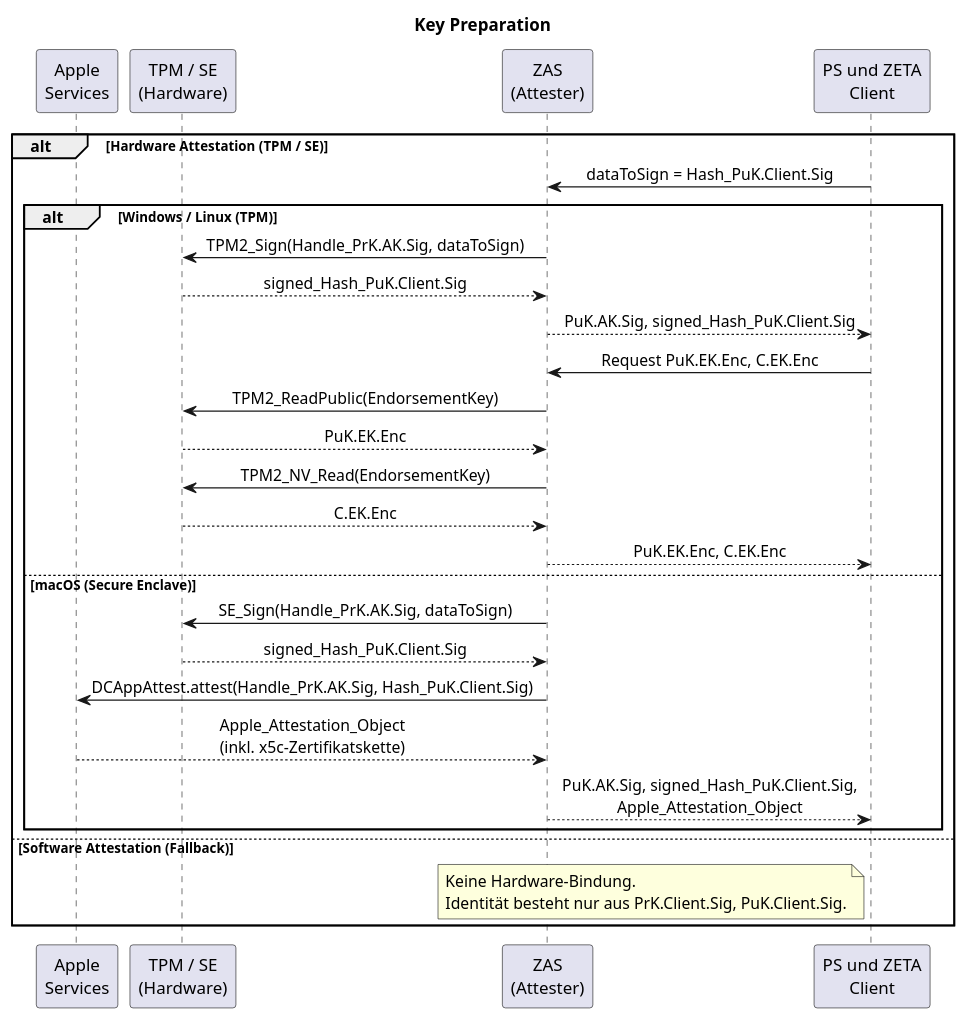
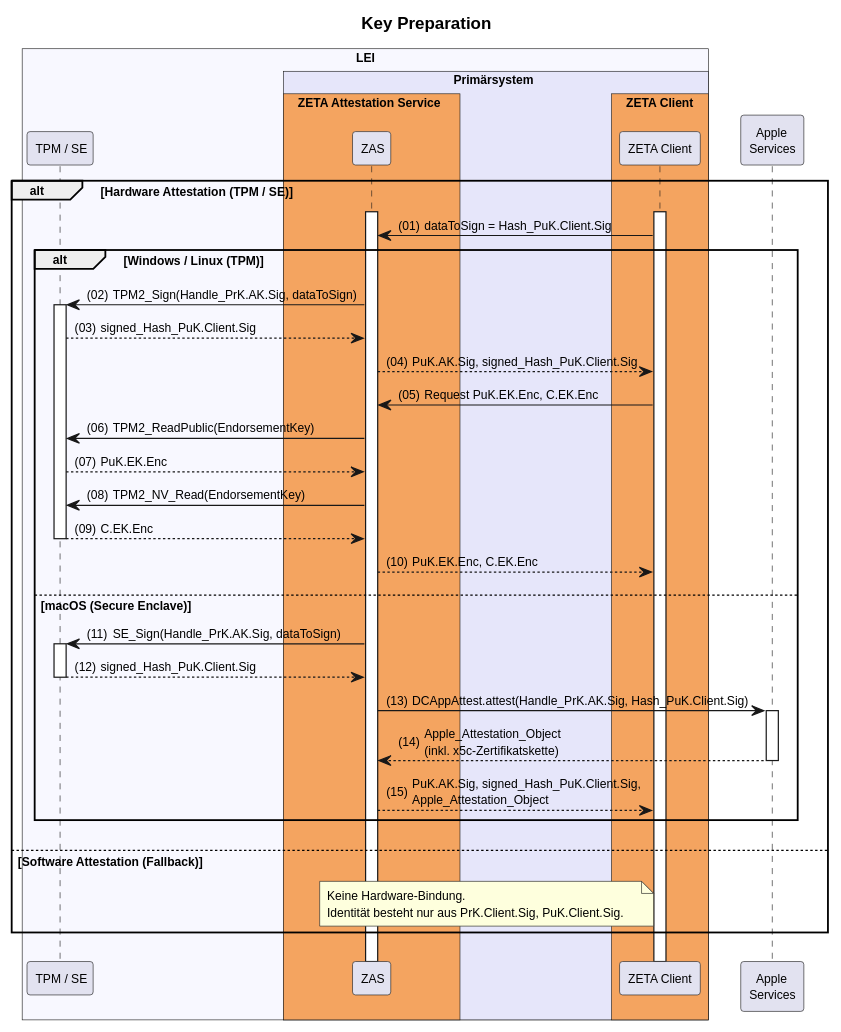
One commit to gematik/zeta changed the diagram in src/plantuml/tmp/attestation-flows/key-preparation.puml. Above: the diagram before and after it, drawn with PlantUML. The commit also changed 7 other files, not shown here.

Commit message:
refactor: update and standardize PlantUML flow diagrams and split token exchange flows

```diff
--- a/src/plantuml/tmp/attestation-flows/key-preparation.puml
+++ b/src/plantuml/tmp/attestation-flows/key-preparation.puml
@@ -1,33 +1,54 @@
 @startuml "key-preparation"
-skinparam sequenceMessageAlign center
+autonumber "(00)"
+skinparam defaultFontSize 10
+skinparam defaultFontName Helvetica
+skinparam DefaultMonospacedFontName Courier
+skinparam lengthAdjust none
+skinparam sequenceReferenceBackgroundColor White
+skinparam SequenceReferenceFontSize 12
+skinparam sequenceMessageAlign left
+
 title Key Preparation
 
+!pragma teoz true
+
+box "LEI" #GhostWhite
+  participant "TPM / SE" as TPM
+  box "Primärsystem" #Lavender
+    box "ZETA Attestation Service" #SandyBrown
+      participant ZAS as "ZAS"
+    end box
+    box "ZETA Client" #SandyBrown
+        participant Client as "ZETA Client"
+    end box    
+  end box
+end box
+
 participant "Apple\nServices" as Apple
-participant "TPM / SE\n(Hardware)" as TPM
-participant "ZAS\n(Attester)" as ZAS
-participant "PS und ZETA\nClient" as Client
 
 alt Hardware Attestation (TPM / SE)
+    Client++
+    ZAS++
     Client -> ZAS: dataToSign = Hash_PuK.Client.Sig
     alt Windows / Linux (TPM)
-        ZAS -> TPM: TPM2_Sign(Handle_PrK.AK.Sig, dataToSign)
+        ZAS -> TPM++: TPM2_Sign(Handle_PrK.AK.Sig, dataToSign)
         TPM --> ZAS: signed_Hash_PuK.Client.Sig
         ZAS --> Client: PuK.AK.Sig, signed_Hash_PuK.Client.Sig
         Client -> ZAS: Request PuK.EK.Enc, C.EK.Enc
         ZAS -> TPM: TPM2_ReadPublic(EndorsementKey)
         TPM --> ZAS: PuK.EK.Enc
         ZAS -> TPM: TPM2_NV_Read(EndorsementKey)
-        TPM --> ZAS: C.EK.Enc
+        TPM --> ZAS--: C.EK.Enc
         ZAS --> Client: PuK.EK.Enc, C.EK.Enc
     else macOS (Secure Enclave)
-        ZAS -> TPM: SE_Sign(Handle_PrK.AK.Sig, dataToSign)
-        TPM --> ZAS: signed_Hash_PuK.Client.Sig
-        ZAS -> Apple: DCAppAttest.attest(Handle_PrK.AK.Sig, Hash_PuK.Client.Sig)
-        Apple --> ZAS: Apple_Attestation_Object\n(inkl. x5c-Zertifikatskette)
+        ZAS -> TPM++: SE_Sign(Handle_PrK.AK.Sig, dataToSign)
+        TPM --> ZAS--: signed_Hash_PuK.Client.Sig
+        ZAS -> Apple++: DCAppAttest.attest(Handle_PrK.AK.Sig, Hash_PuK.Client.Sig)
+        Apple --> ZAS--: Apple_Attestation_Object\n(inkl. x5c-Zertifikatskette)
         ZAS --> Client: PuK.AK.Sig, signed_Hash_PuK.Client.Sig,\nApple_Attestation_Object
     end
 else Software Attestation (Fallback)
     note left of Client: Keine Hardware-Bindung.\nIdentität besteht nur aus PrK.Client.Sig, PuK.Client.Sig.
 end
 
 @enduml
```
